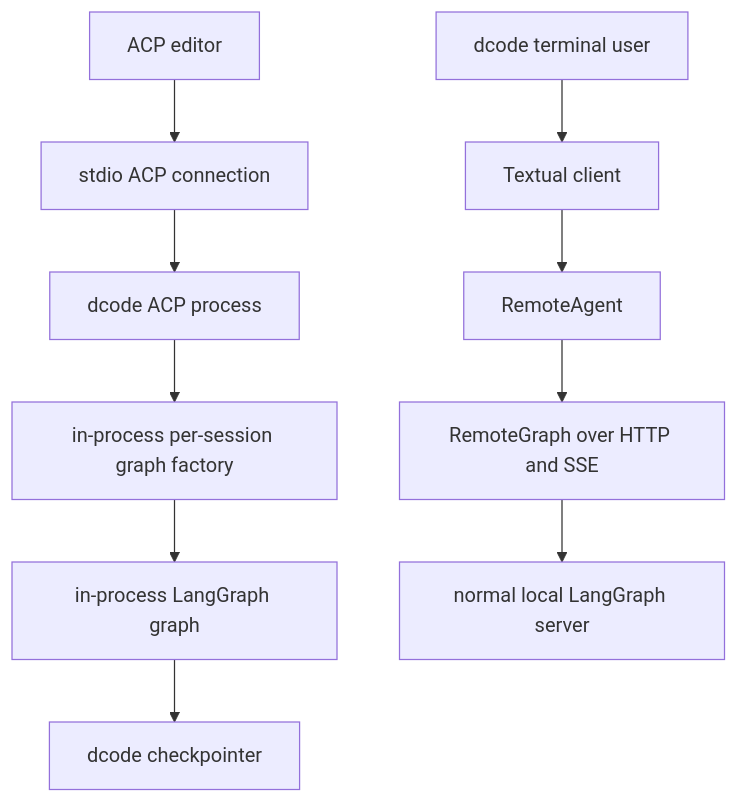
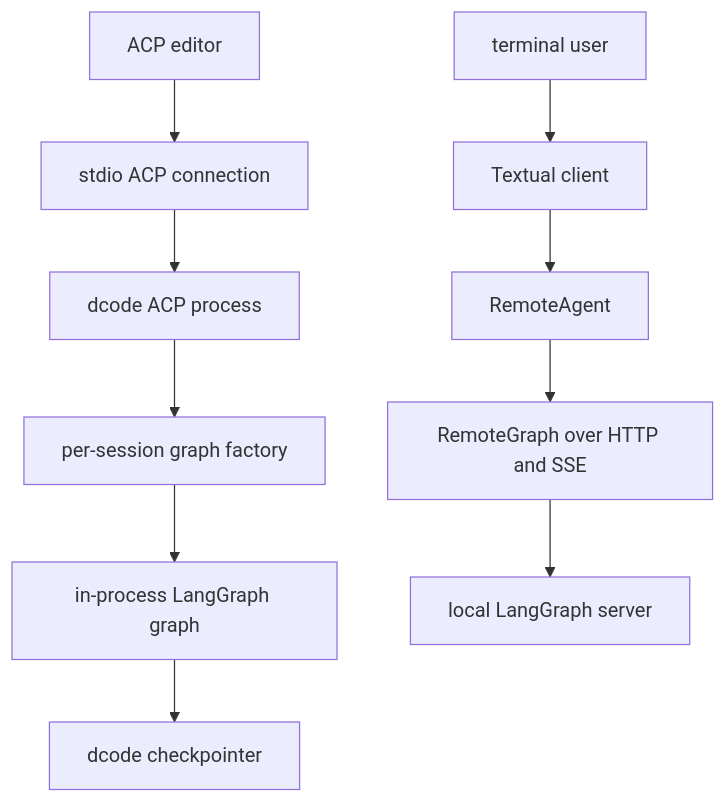
Before and after one commit to langchain-ai/deepagents: the first of 2 diagrams in openwiki/integrations/acp.md, drawn with Mermaid. The commit also changed other lines of this file and 63 other files, not shown here.

````diff
--- a/openwiki/integrations/acp.md
+++ b/openwiki/integrations/acp.md
@@ -64,13 +54,13 @@
 ```mermaid
 flowchart TD
     Editor["ACP editor"] --> Stdio["stdio ACP connection"]
-    Stdio --> Acp["dcode ACP process"]
-    Acp --> Factory["in-process per-session graph factory"]
-    Factory --> LocalGraph["in-process LangGraph graph"]
-    LocalGraph --> Saver["dcode checkpointer"]
+    Stdio --> ACP["dcode ACP process"]
+    ACP --> Factory["per-session graph factory"]
+    Factory --> Graph["in-process LangGraph graph"]
+    Graph --> Saver["dcode checkpointer"]
 
-    Terminal["dcode terminal user"] --> Tui["Textual client"]
-    Tui --> Remote["RemoteAgent"]
+    Terminal["terminal user"] --> TUI["Textual client"]
+    TUI --> Remote["RemoteAgent"]
     Remote --> RemoteGraph["RemoteGraph over HTTP and SSE"]
-    RemoteGraph --> Server["normal local LangGraph server"]
+    RemoteGraph --> Server["local LangGraph server"]
 ```
````
